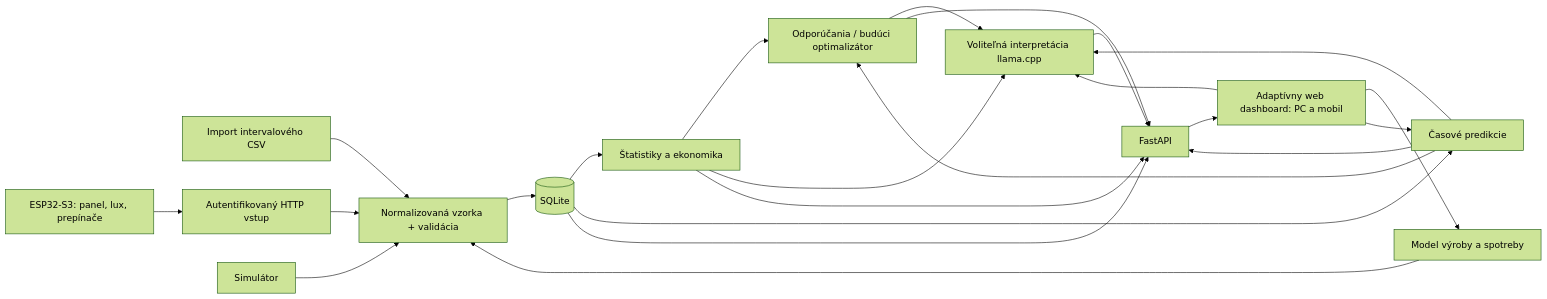
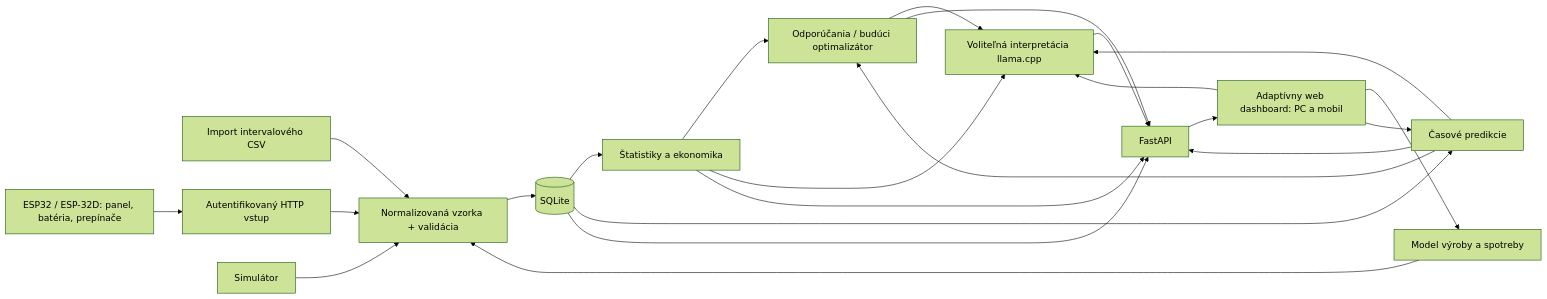
The diagram in docs/ARCHITEKTURA.md (matejzm2019/SOC), drawn with Mermaid (forest theme) before and after one commit. The commit also changed other lines of this file and 30 other files, not shown here.

````diff
--- a/docs/ARCHITEKTURA.md
+++ b/docs/ARCHITEKTURA.md
@@ -21,25 +21,25 @@
 ```mermaid
 flowchart LR
   C[Import intervalového CSV] --> N
   W[Open-Meteo: mesto alebo poloha] --> M[Model výroby a spotreby]
   M --> N
   W --> P
-  H[ESP32-S3: panel, lux, prepínače] --> I[Autentifikovaný HTTP vstup]
+  H["ESP32 / ESP-32D: panel, batéria, prepínače"] --> I[Autentifikovaný HTTP vstup]
   I --> N[Normalizovaná vzorka + validácia]
   S[Simulátor] --> N
   N --> D[(SQLite)]
   D --> A[Štatistiky a ekonomika]
   D --> P[Časové predikcie]
   P --> O[Odporúčania / budúci optimalizátor]
   A --> O
   A --> L[Lokálna Ollama: interpretácia a chat]
   P --> L
   W --> L
   O --> L[Voliteľná interpretácia llama.cpp]
   D --> F[FastAPI]
   A --> F
   P --> F
   O --> F
   L --> F
   F --> W[Adaptívny web dashboard: PC a mobil]
 ```
````
